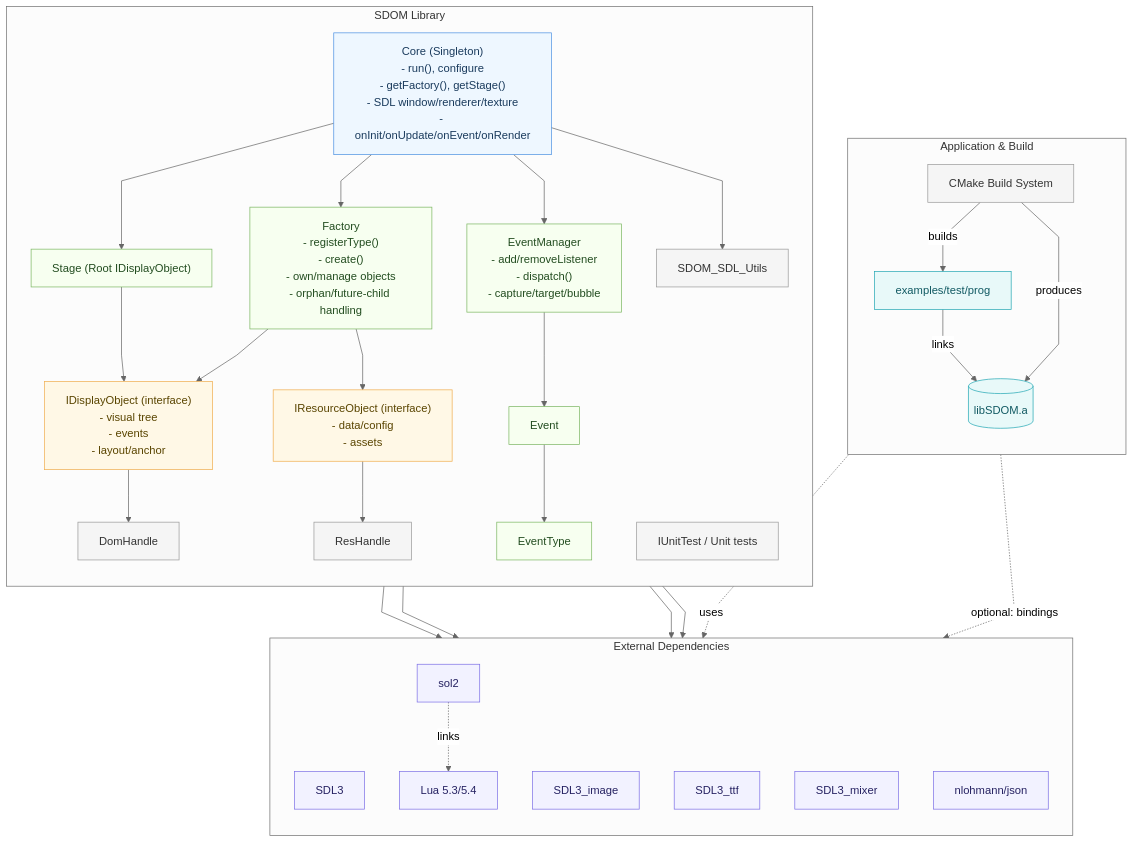
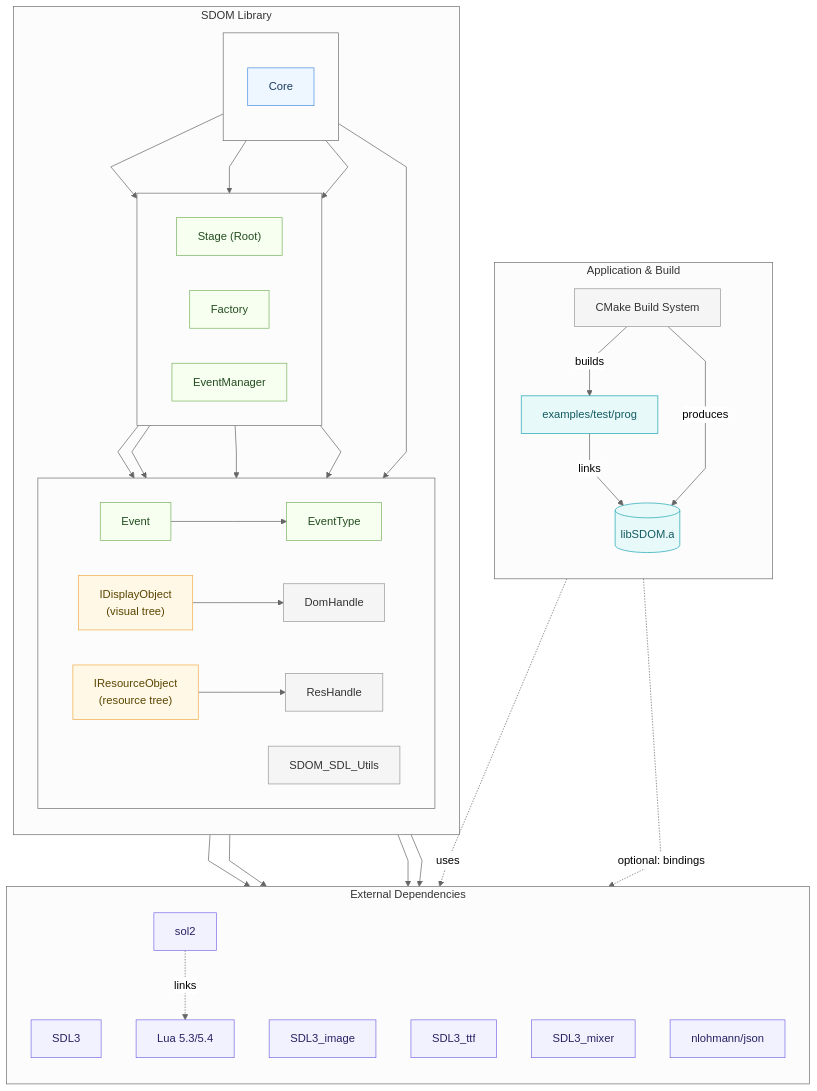
Before and after one commit to warte67/SDOM: the diagram in docs/diagrams/architecture_overview/diagram-01.mmd, drawn with Mermaid. The commit also changed 117 other files, not shown here.

```diff
--- a/docs/diagrams/architecture_overview/diagram-01.mmd
+++ b/docs/diagrams/architecture_overview/diagram-01.mmd
@@ -1,85 +1,96 @@
 %%{init: { 'theme': 'neutral', 'flowchart': { 'curve': 'linear' } }}%%
 flowchart TB
 
   %% Styling
   classDef core fill:#eef7ff,stroke:#4a90e2,color:#1a3b5d,stroke-width:1px
   classDef mod  fill:#f7fff0,stroke:#7bb661,color:#234d20,stroke-width:1px
   classDef iface fill:#fff8e6,stroke:#f0ad4e,color:#5a4500,stroke-width:1px
   classDef util fill:#f5f5f5,stroke:#999,color:#333,stroke-width:1px
   classDef dep  fill:#f2f2ff,stroke:#7c6fe6,color:#262262,stroke-width:1px
   classDef bin  fill:#e8f9f9,stroke:#22a6b3,color:#125a63,stroke-width:1px
 
   %% Application / Build
   subgraph APP[Application & Build]
     direction TB
     EX[examples/test/prog]:::bin
     LIB[(libSDOM.a)]:::bin
     CMake[CMake Build System]:::util
     EX -->|links| LIB
   end
 
   %% SDOM Library internals
   subgraph SDOM[SDOM Library]
     direction TB
 
-  Core["Core (Singleton)\n- run(), configure\n- getFactory(), getStage()\n- SDL window/renderer/texture\n- onInit/onUpdate/onEvent/onRender"]:::core
+    %% Top center
+    subgraph TOP[" "]
+      direction TB
+      Core["Core"]:::core
+    end
 
-  Factory["Factory\n- registerType<T>()\n- create<T>()\n- own/manage objects\n- orphan/future-child handling"]:::mod
+    %% Middle row (left-to-right)
+    subgraph MID[" "]
+      direction LR
+      Stage["Stage (Root)"]:::mod
+      Factory["Factory"]:::mod
+      EventMgr["EventManager"]:::mod
+    end
 
-  EventMgr["EventManager\n- add/removeListener\n- dispatch()\n- capture/target/bubble"]:::mod
+    %% Lower row (interfaces, events, handles, utils)
+    subgraph LOW[" "]
+      direction LR
+      IDO["IDisplayObject\n(visual tree)"]:::iface
+      IRO["IResourceObject\n(resource tree)"]:::iface
+      Event["Event"]:::mod
+      EventType["EventType"]:::mod
+      DomHandle["DomHandle"]:::util
+      ResHandle["ResHandle"]:::util
+      SDLUtils["SDOM_SDL_Utils"]:::util
+    end
 
-  Stage["Stage (Root IDisplayObject)"]:::mod
-
-  IDO["IDisplayObject (interface)\n- visual tree\n- events\n- layout/anchor"]:::iface
-
-  IRO["IResourceObject (interface)\n- data/config\n- assets"]:::iface
-
-  DomHandle["DomHandle<T>"]:::util
-  ResHandle["ResHandle<T>"]:::util
-
-    SDLUtils[SDOM_SDL_Utils]:::util
-  UnitTests["IUnitTest / Unit tests"]:::util
-
-    Event[Event]:::mod
-    EventType[EventType]:::mod
-
+    %% Edges from Core
+    Core --> Stage
     Core --> Factory
     Core --> EventMgr
-    Core --> Stage
     Core --> SDLUtils
 
+    %% Factory creates/owns
     Factory --> IDO
     Factory --> IRO
-    IDO --> DomHandle
-    IRO --> ResHandle
 
+    %% Stage contains the visual tree
+    Stage --> IDO
+
+    %% Events
     EventMgr --> Event
     Event --> EventType
 
-    Stage --> IDO
+    %% Handles reference types
+    IDO --> DomHandle
+    IRO --> ResHandle
   end
 
   %% External dependencies
   subgraph EXT[External Dependencies]
     direction TB
     SDL3[SDL3]:::dep
     SDLimg[SDL3_image]:::dep
     SDLttf[SDL3_ttf]:::dep
     SDLmix[SDL3_mixer]:::dep
     JSON[nlohmann/json]:::dep
     Sol2[sol2]:::dep
     Lua[Lua 5.3/5.4]:::dep
   end
 
   %% Edges between areas
   Core --> SDL3
   Core --> SDLimg
   Core --> SDLttf
   Core --> SDLmix
 
   LIB -. uses .-> JSON
   LIB -. optional: bindings .-> Sol2
   Sol2 -. links .-> Lua
 
   CMake -->|produces| LIB
   CMake -->|builds| EX
```
